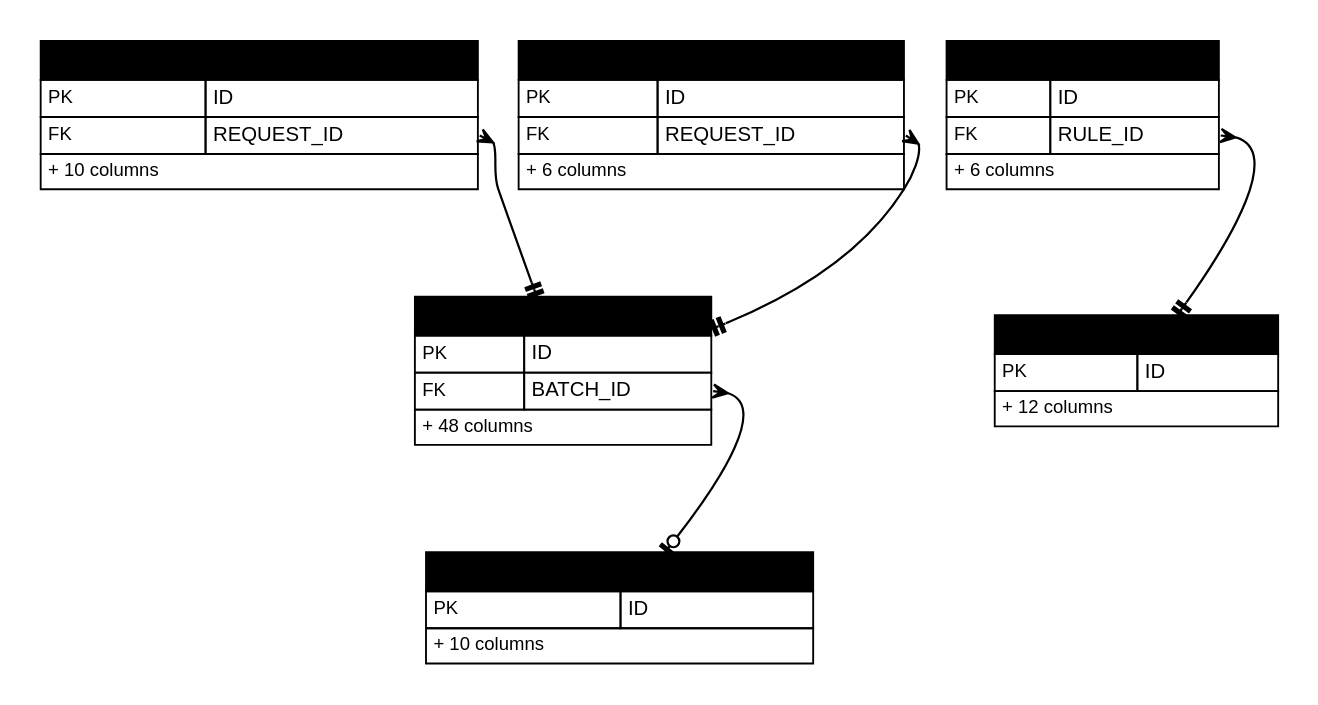
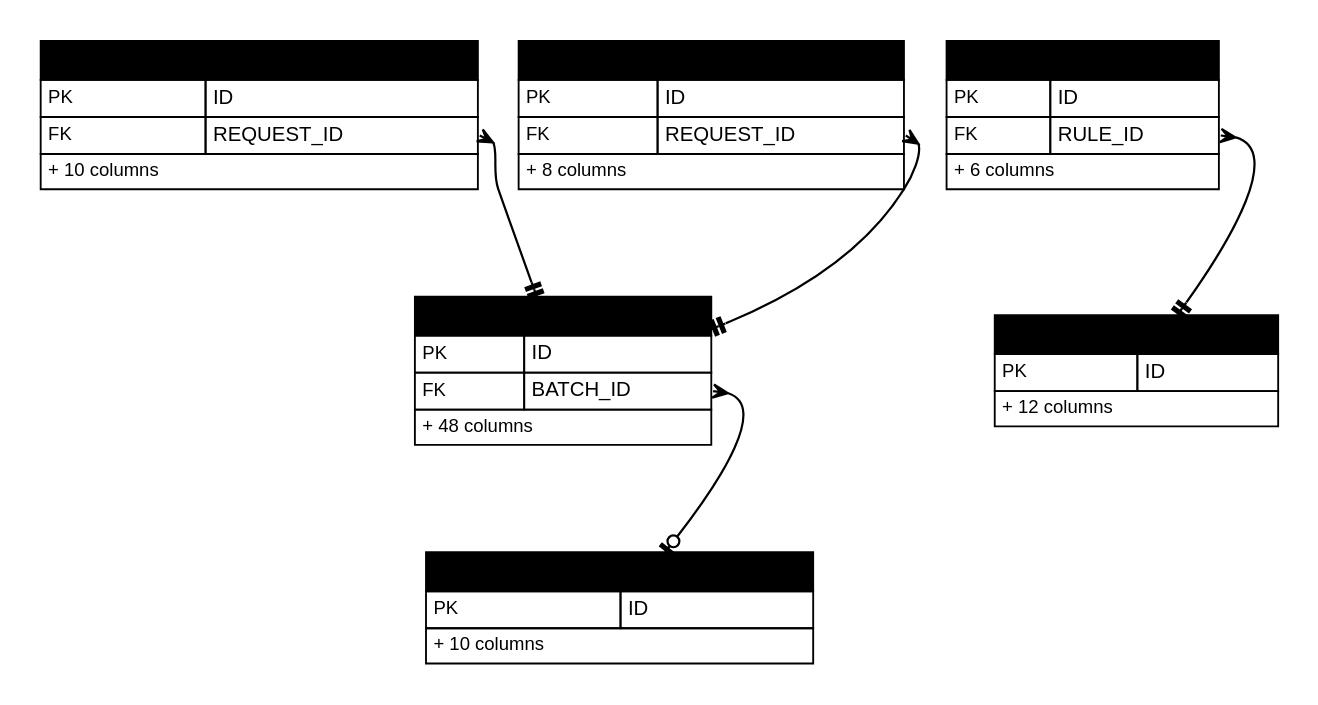
Before and after one commit to IortaTexhNXT-DEV/FinVerse: the diagram in docs/deliverables/src/programme/security_data/figures/erd/d01_nbadmin.dot, drawn with Graphviz. The commit also changed 58 other files, not shown here.

```diff
--- a/docs/deliverables/src/programme/security_data/figures/erd/d01_nbadmin.dot
+++ b/docs/deliverables/src/programme/security_data/figures/erd/d01_nbadmin.dot
@@ -1,15 +1,15 @@
 digraph erd {
   graph [rankdir=TB, fontname="Arial", nodesep=0.3, ranksep=0.8, pad=0.2, bgcolor="white"];
   node [shape=plain, fontname="Arial"];
   edge [color="@CTA_BLUE", arrowsize=0.8, penwidth=1.2, dir=both];
   "nba_access_request" [label=<<table border="0" cellborder="1" cellspacing="0" cellpadding="3" color="@BORDER"><tr><td bgcolor="@HEADER_BLUE" align="left" colspan="2"><font color="@WHITE" point-size="12"><b>NBA_ACCESS_REQUEST</b></font></td></tr><tr><td align="left"><font point-size="10" color="@MUTED">PK</font></td><td align="left" port="id"><font point-size="11">ID</font></td></tr><tr><td align="left"><font point-size="10" color="@MUTED">FK</font></td><td align="left" port="batch_id"><font point-size="11">BATCH_ID</font></td></tr><tr><td colspan="2" align="left"><font point-size="10" color="@MUTED">+ 48 columns</font></td></tr></table>>];
   "nba_access_request_approver" [label=<<table border="0" cellborder="1" cellspacing="0" cellpadding="3" color="@BORDER"><tr><td bgcolor="@HEADER_BLUE" align="left" colspan="2"><font color="@WHITE" point-size="12"><b>NBA_ACCESS_REQUEST_APPROVER</b></font></td></tr><tr><td align="left"><font point-size="10" color="@MUTED">PK</font></td><td align="left" port="id"><font point-size="11">ID</font></td></tr><tr><td align="left"><font point-size="10" color="@MUTED">FK</font></td><td align="left" port="request_id"><font point-size="11">REQUEST_ID</font></td></tr><tr><td colspan="2" align="left"><font point-size="10" color="@MUTED">+ 10 columns</font></td></tr></table>>];
   "nba_access_request_batch" [label=<<table border="0" cellborder="1" cellspacing="0" cellpadding="3" color="@BORDER"><tr><td bgcolor="@HEADER_BLUE" align="left" colspan="2"><font color="@WHITE" point-size="12"><b>NBA_ACCESS_REQUEST_BATCH</b></font></td></tr><tr><td align="left"><font point-size="10" color="@MUTED">PK</font></td><td align="left" port="id"><font point-size="11">ID</font></td></tr><tr><td colspan="2" align="left"><font point-size="10" color="@MUTED">+ 10 columns</font></td></tr></table>>];
-  "nba_access_request_event" [label=<<table border="0" cellborder="1" cellspacing="0" cellpadding="3" color="@BORDER"><tr><td bgcolor="@HEADER_BLUE" align="left" colspan="2"><font color="@WHITE" point-size="12"><b>NBA_ACCESS_REQUEST_EVENT</b></font></td></tr><tr><td align="left"><font point-size="10" color="@MUTED">PK</font></td><td align="left" port="id"><font point-size="11">ID</font></td></tr><tr><td align="left"><font point-size="10" color="@MUTED">FK</font></td><td align="left" port="request_id"><font point-size="11">REQUEST_ID</font></td></tr><tr><td colspan="2" align="left"><font point-size="10" color="@MUTED">+ 6 columns</font></td></tr></table>>];
+  "nba_access_request_event" [label=<<table border="0" cellborder="1" cellspacing="0" cellpadding="3" color="@BORDER"><tr><td bgcolor="@HEADER_BLUE" align="left" colspan="2"><font color="@WHITE" point-size="12"><b>NBA_ACCESS_REQUEST_EVENT</b></font></td></tr><tr><td align="left"><font point-size="10" color="@MUTED">PK</font></td><td align="left" port="id"><font point-size="11">ID</font></td></tr><tr><td align="left"><font point-size="10" color="@MUTED">FK</font></td><td align="left" port="request_id"><font point-size="11">REQUEST_ID</font></td></tr><tr><td colspan="2" align="left"><font point-size="10" color="@MUTED">+ 8 columns</font></td></tr></table>>];
   "nba_retention_rule" [label=<<table border="0" cellborder="1" cellspacing="0" cellpadding="3" color="@BORDER"><tr><td bgcolor="@HEADER_BLUE" align="left" colspan="2"><font color="@WHITE" point-size="12"><b>NBA_RETENTION_RULE</b></font></td></tr><tr><td align="left"><font point-size="10" color="@MUTED">PK</font></td><td align="left" port="id"><font point-size="11">ID</font></td></tr><tr><td colspan="2" align="left"><font point-size="10" color="@MUTED">+ 12 columns</font></td></tr></table>>];
   "nba_retention_run" [label=<<table border="0" cellborder="1" cellspacing="0" cellpadding="3" color="@BORDER"><tr><td bgcolor="@HEADER_BLUE" align="left" colspan="2"><font color="@WHITE" point-size="12"><b>NBA_RETENTION_RUN</b></font></td></tr><tr><td align="left"><font point-size="10" color="@MUTED">PK</font></td><td align="left" port="id"><font point-size="11">ID</font></td></tr><tr><td align="left"><font point-size="10" color="@MUTED">FK</font></td><td align="left" port="rule_id"><font point-size="11">RULE_ID</font></td></tr><tr><td colspan="2" align="left"><font point-size="10" color="@MUTED">+ 6 columns</font></td></tr></table>>];
   "nba_access_request":"batch_id" -> "nba_access_request_batch" [arrowtail=crow, arrowhead=teeodot];
   "nba_access_request_approver":"request_id" -> "nba_access_request" [arrowtail=crow, arrowhead=teetee];
   "nba_access_request_event":"request_id" -> "nba_access_request" [arrowtail=crow, arrowhead=teetee];
   "nba_retention_run":"rule_id" -> "nba_retention_rule" [arrowtail=crow, arrowhead=teetee];
 }
```
